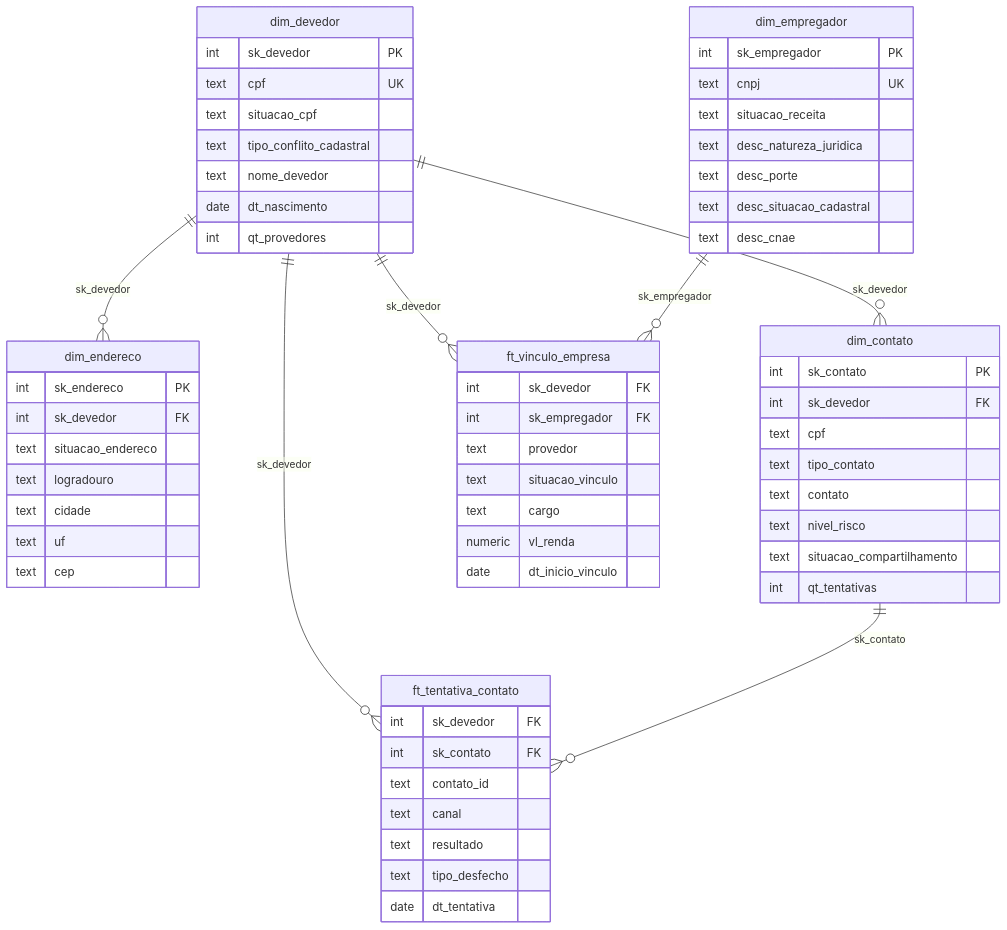
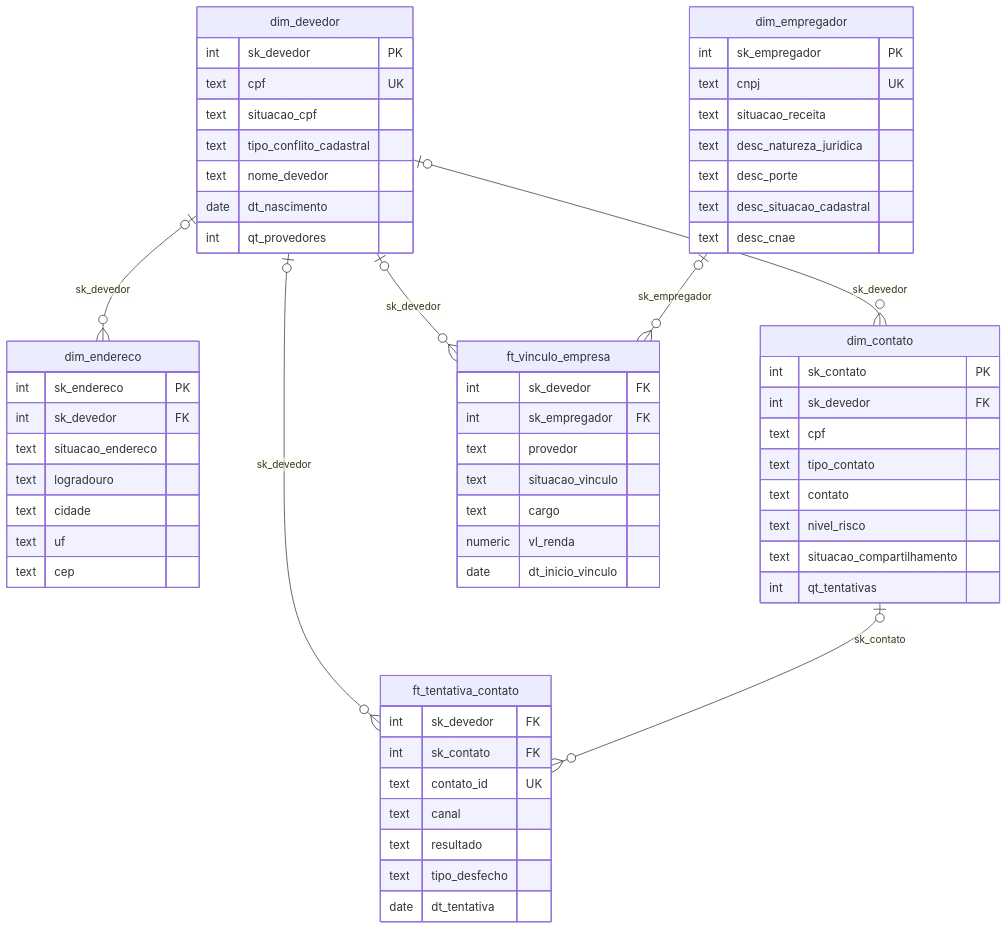
The first of 5 diagrams in docs/erd.md (Sebastian6-6/collections-contact-risk), drawn with Mermaid before and after one commit. The commit also changed other lines of this file and 1 other file, not shown here.

Commit message:
docs: diagramas conferidos contra o banco e o manifest do dbt
As chaves estrangeiras da gold aceitam NULL, o fluxo bronze-silver omitia arestas
reais, a ft_entrega_diaria nascia da bronze e o e-mail de falha faltava no fluxo.

````diff
--- a/docs/erd.md
+++ b/docs/erd.md
@@ -9,65 +9,65 @@
 ```mermaid
 erDiagram
-  dim_devedor ||--o{ dim_endereco : "sk_devedor"
-  dim_devedor ||--o{ dim_contato : "sk_devedor"
-  dim_devedor ||--o{ ft_vinculo_empresa : "sk_devedor"
-  dim_devedor ||--o{ ft_tentativa_contato : "sk_devedor"
-  dim_empregador ||--o{ ft_vinculo_empresa : "sk_empregador"
-  dim_contato ||--o{ ft_tentativa_contato : "sk_contato"
+  dim_devedor |o--o{ dim_endereco : "sk_devedor"
+  dim_devedor |o--o{ dim_contato : "sk_devedor"
+  dim_devedor |o--o{ ft_vinculo_empresa : "sk_devedor"
+  dim_devedor |o--o{ ft_tentativa_contato : "sk_devedor"
+  dim_empregador |o--o{ ft_vinculo_empresa : "sk_empregador"
+  dim_contato |o--o{ ft_tentativa_contato : "sk_contato"
 
   dim_devedor {
     int sk_devedor PK
     text cpf UK
     text situacao_cpf
     text tipo_conflito_cadastral
     text nome_devedor
     date dt_nascimento
     int qt_provedores
   }
   dim_endereco {
     int sk_endereco PK
     int sk_devedor FK
     text situacao_endereco
     text logradouro
     text cidade
     text uf
     text cep
   }
   dim_contato {
     int sk_contato PK
     int sk_devedor FK
     text cpf
     text tipo_contato
     text contato
     text nivel_risco
     text situacao_compartilhamento
     int qt_tentativas
   }
   dim_empregador {
     int sk_empregador PK
     text cnpj UK
     text situacao_receita
     text desc_natureza_juridica
     text desc_porte
     text desc_situacao_cadastral
     text desc_cnae
   }
   ft_vinculo_empresa {
     int sk_devedor FK
     int sk_empregador FK
     text provedor
     text situacao_vinculo
     text cargo
     numeric vl_renda
     date dt_inicio_vinculo
   }
   ft_tentativa_contato {
     int sk_devedor FK
     int sk_contato FK
-    text contato_id
+    text contato_id UK
     text canal
     text resultado
     text tipo_desfecho
     date dt_tentativa
   }
 ```
````
